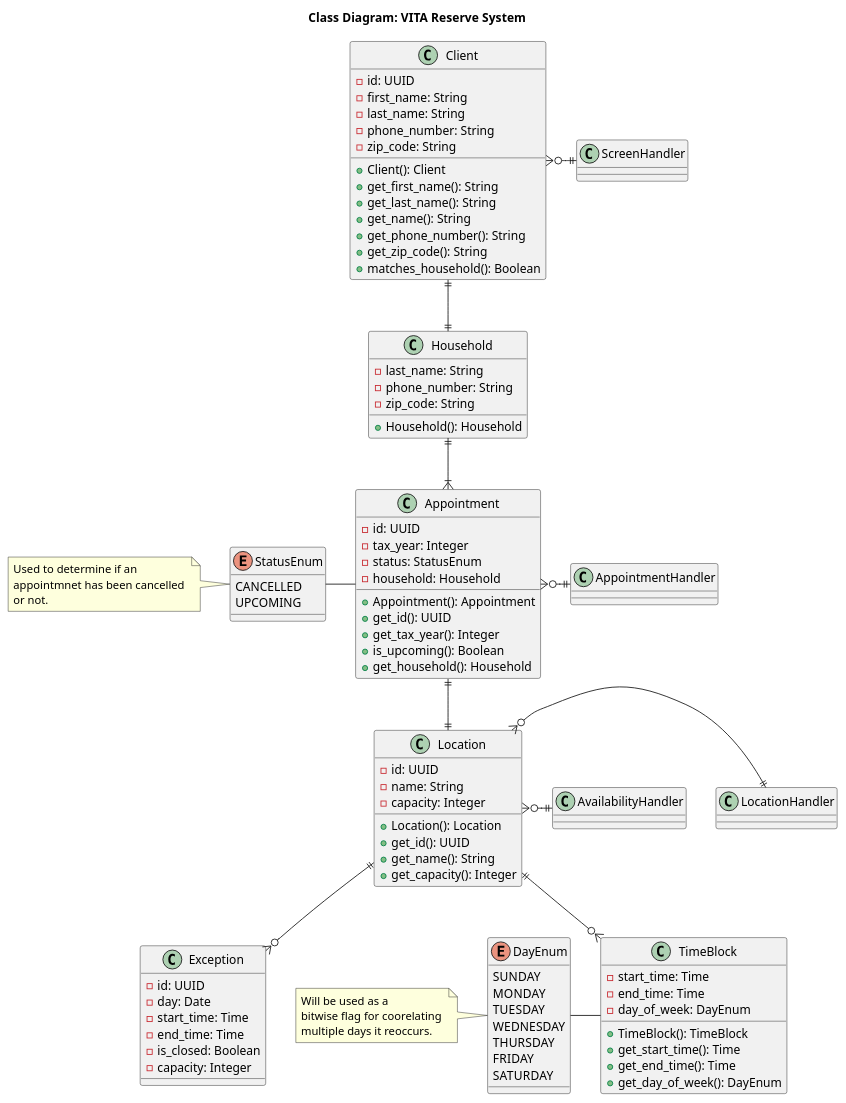
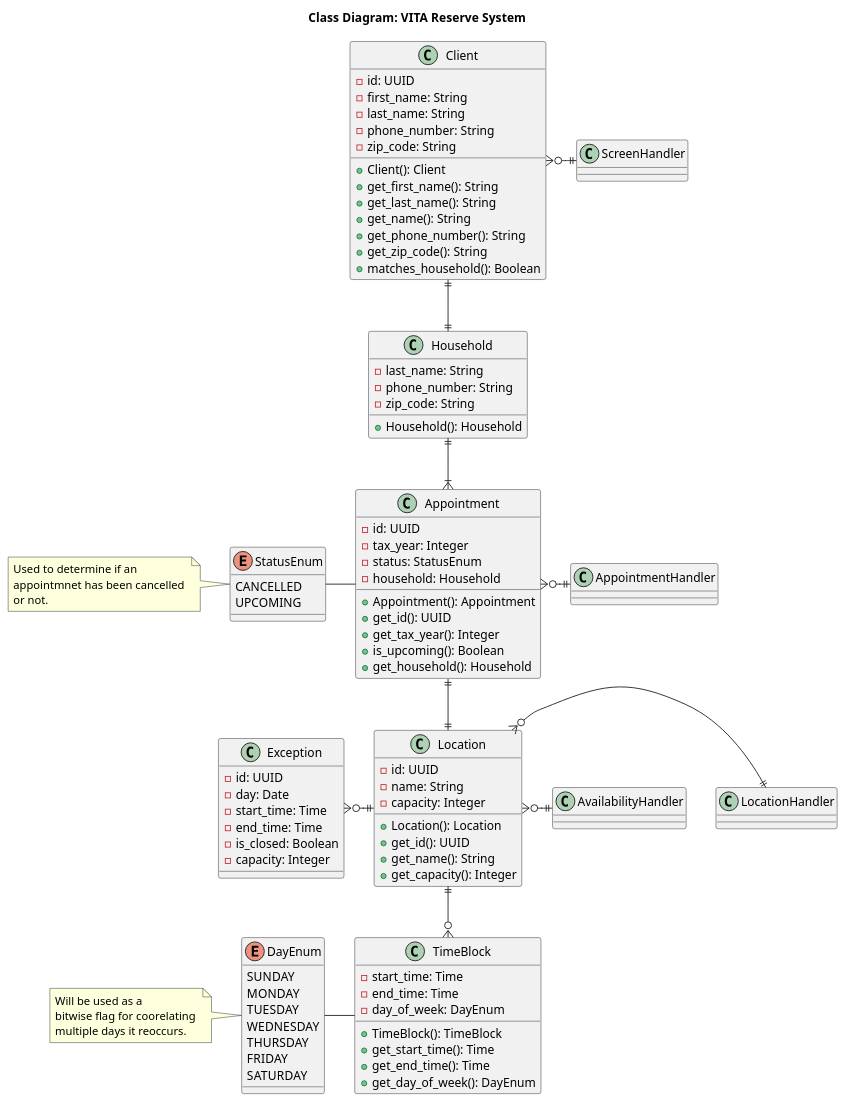
Before and after one commit to ItzNxthaniel/cisc260-final-reservation-itznxthaniel: the diagram in diagrams/src/class_diagram.puml, drawn with PlantUML.

Commit message:
Cleanup graph a little.

```diff
--- a/diagrams/src/class_diagram.puml
+++ b/diagrams/src/class_diagram.puml
@@ -1,118 +1,118 @@
 @startuml
 title "Class Diagram: VITA Reserve System"
 
 class Client {
     - id: UUID
     - first_name: String
     - last_name: String
     - phone_number: String
     - zip_code: String
 
     + Client(): Client
     + get_first_name(): String
     + get_last_name(): String
     + get_name(): String
     + get_phone_number(): String
     + get_zip_code(): String
     + matches_household(): Boolean
 }
 
 class Household {
     - last_name: String
     - phone_number: String
     - zip_code: String
 
     + Household(): Household
 }
 
 class Appointment {
     - id: UUID
     - tax_year: Integer
     - status: StatusEnum
     - household: Household
     
     + Appointment(): Appointment
     + get_id(): UUID
     + get_tax_year(): Integer
     + is_upcoming(): Boolean
     + get_household(): Household
 }
 
 enum StatusEnum {
     CANCELLED
     UPCOMING
 }
 note left {
     Used to determine if an 
     appointmnet has been cancelled 
     or not.
 }
 
 class TimeBlock {
     - start_time: Time
     - end_time: Time
     - day_of_week: DayEnum
 
     + TimeBlock(): TimeBlock
     + get_start_time(): Time
     + get_end_time(): Time
     + get_day_of_week(): DayEnum
 }
 
 enum DayEnum {
     SUNDAY
     MONDAY
     TUESDAY
     WEDNESDAY
     THURSDAY
     FRIDAY
     SATURDAY
 }
 note left {
     Will be used as a 
     bitwise flag for coorelating 
     multiple days it reoccurs.
 }
 
 class Location {
     - id: UUID
     - name: String
     - capacity: Integer
 
     + Location(): Location
     + get_id(): UUID
     + get_name(): String
     + get_capacity(): Integer
 }
 
 class Exception {
     - id: UUID
     - day: Date
     - start_time: Time
     - end_time: Time
     - is_closed: Boolean
     - capacity: Integer
 }
 
 class AppointmentHandler {}
 class AvailabilityHandler {}
 class ScreenHandler {}
 class LocationHandler {}
 
 Appointment -left-- StatusEnum
 TimeBlock -left-- DayEnum
 
 Client ||--|| Household
 Household ||--|{ Appointment
 Appointment ||--|| Location
 Location ||--o{ TimeBlock
-Location ||--o{ Exception
+Location ||-left-o{ Exception
 
 Client }o-right-|| ScreenHandler
 Appointment }o-right-|| AppointmentHandler
 Location }o-right-|| LocationHandler
 Location }o-right-|| AvailabilityHandler
 
 
 
 @enduml
```
